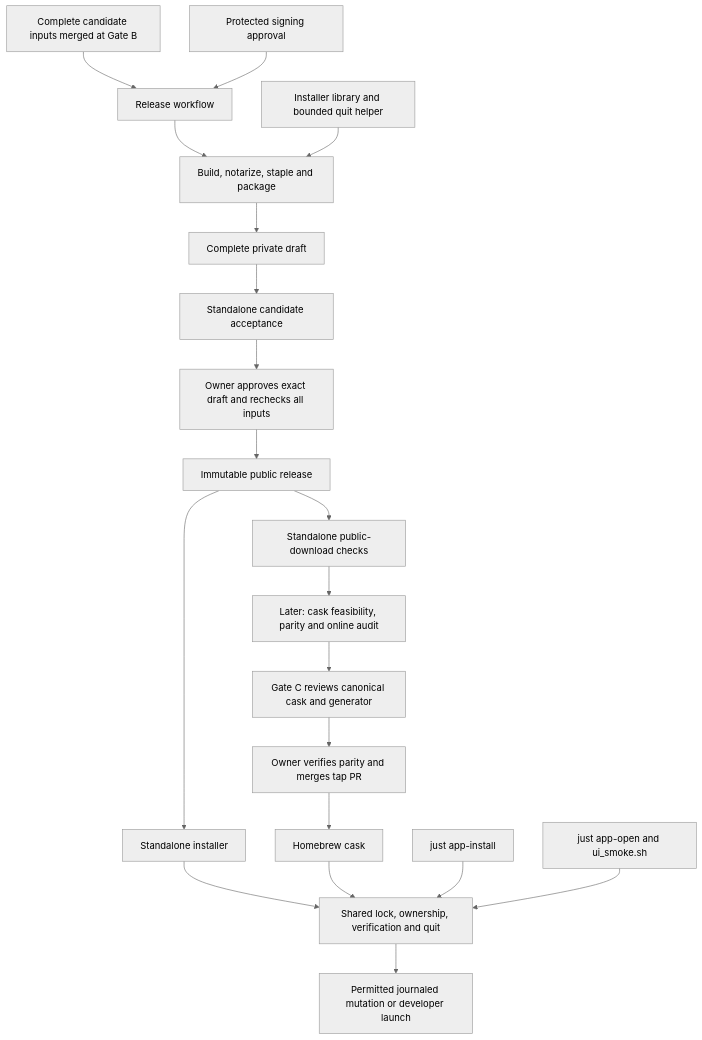
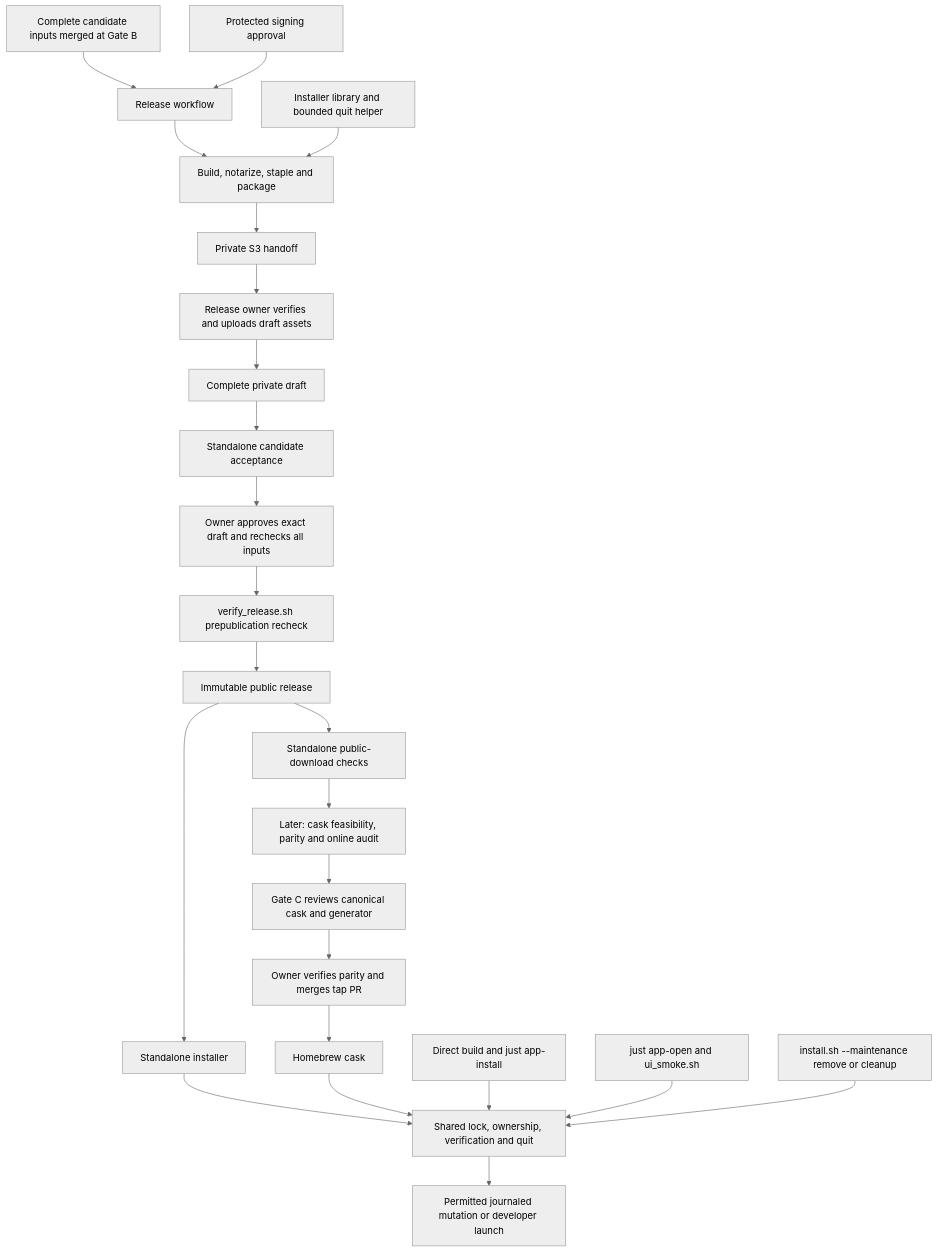
Before and after one commit to pipecat-ai/pipecat-service-toolbar: the first of 2 diagrams in docs/plans/20261117-feature-app-distribution.md, drawn with Mermaid (neutral theme). The commit also changed other lines of this file, not shown here.

Commit message:
docs: resolve app distribution plan review findings

````diff
--- a/docs/plans/20261117-feature-app-distribution.md
+++ b/docs/plans/20261117-feature-app-distribution.md
@@ -398,22 +583,26 @@
 ```mermaid
 graph TD
     Commit["Complete candidate inputs merged at Gate B"] --> Workflow["Release workflow"]
     Approval["Protected signing approval"] --> Workflow
     Workflow --> Package["Build, notarize, staple and package"]
     Helpers["Installer library and bounded quit helper"] --> Package
-    Package --> Draft["Complete private draft"]
+    Package --> Store["Private S3 handoff"]
+    Store --> DraftOwner["Release owner verifies and uploads draft assets"]
+    DraftOwner --> Draft["Complete private draft"]
     Draft --> Candidate["Standalone candidate acceptance"]
     Candidate --> Owner["Owner approves exact draft and rechecks all inputs"]
-    Owner --> Release["Immutable public release"]
+    Owner --> Verify["verify_release.sh prepublication recheck"]
+    Verify --> Release["Immutable public release"]
     Release --> CLI["Standalone installer"]
     Release --> Public["Standalone public-download checks"]
     Public --> BrewCheck["Later: cask feasibility, parity and online audit"]
     BrewCheck --> GateC["Gate C reviews canonical cask and generator"]
     GateC --> Tap["Owner verifies parity and merges tap PR"]
     Tap --> Cask["Homebrew cask"]
     CLI --> Guard["Shared lock, ownership, verification and quit"]
     Cask --> Guard
-    Dev["just app-install"] --> Guard
+    Dev["Direct build and just app-install"] --> Guard
     Open["just app-open and ui_smoke.sh"] --> Guard
+    Maint["install.sh --maintenance remove or cleanup"] --> Guard
     Guard --> Install["Permitted journaled mutation or developer launch"]
 ```
````
